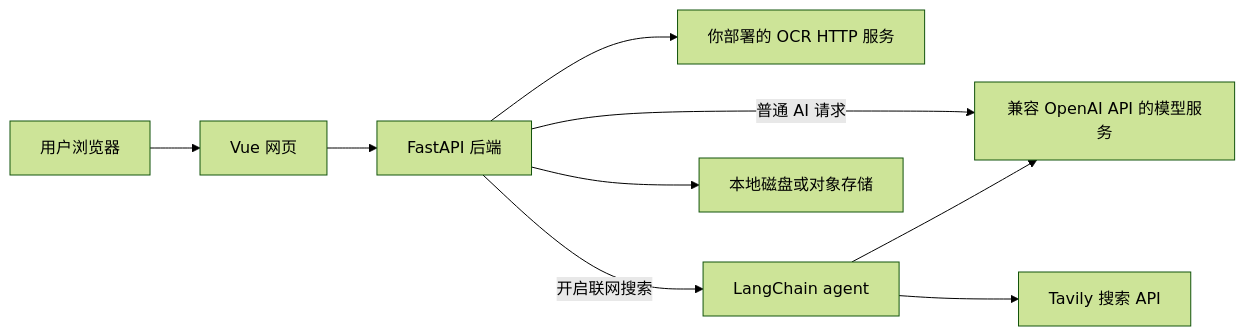
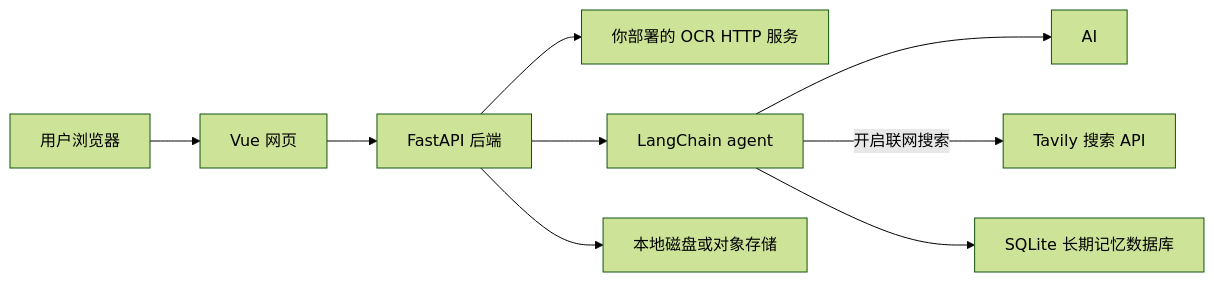
The diagram in README.md (zhe-w12/DocuCraft), drawn with Mermaid (forest theme) before and after one commit. The commit also changed other lines of this file and 16 other files, not shown here.

Commit message:
实现双 Agent 写作流程与 SQLite 长期记忆

````diff
--- a/README.md
+++ b/README.md
@@ -22,11 +22,11 @@
 ```mermaid
 flowchart LR
     User[用户浏览器] --> Web[Vue 网页]
     Web --> API[FastAPI 后端]
     API --> OCR[你部署的 OCR HTTP 服务]
-    API -->|普通 AI 请求| AI[兼容 OpenAI API 的模型服务]
-    API -->|开启联网搜索| Agent[LangChain agent]
+    API --> Agent[LangChain agent]
     Agent --> AI
-    Agent --> Tavily[Tavily 搜索 API]
+    Agent -->|开启联网搜索| Tavily[Tavily 搜索 API]
+    Agent --> Memory[SQLite 长期记忆数据库]
     API --> Store[本地磁盘或对象存储]
 ```
````
